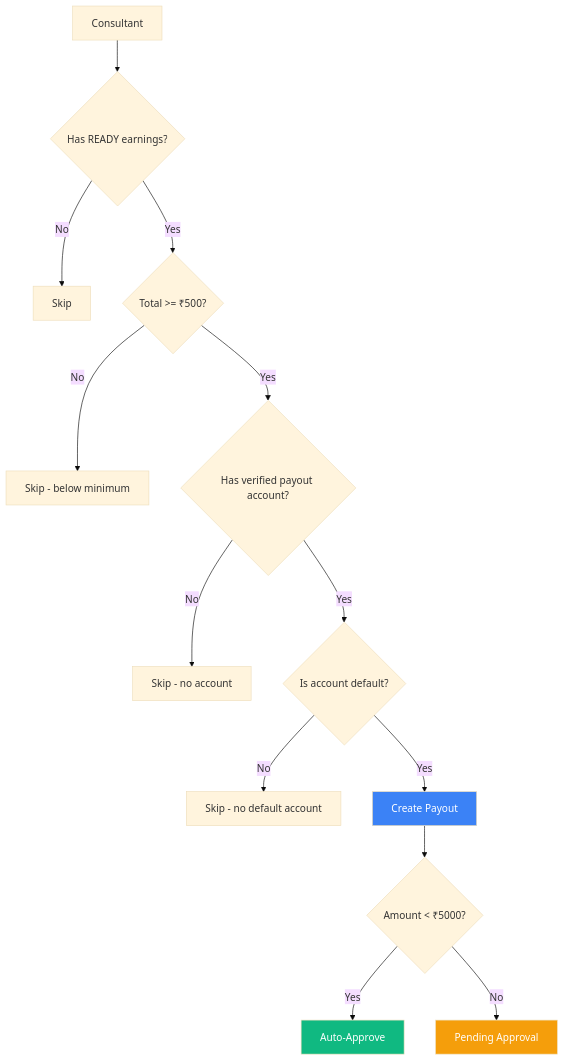
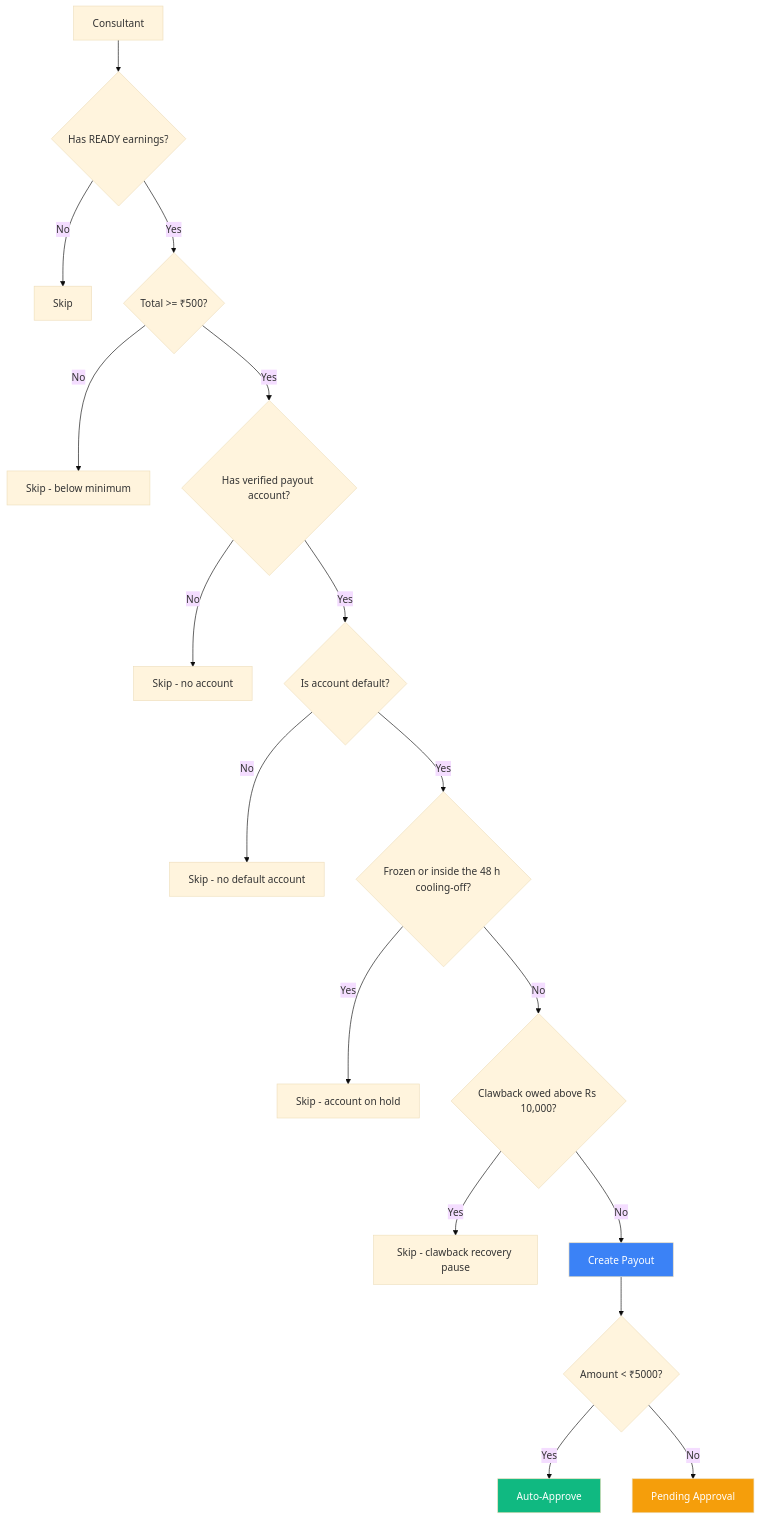
One commit to Practitionist/familiarise_web changed the third of 9 diagrams in docs/payments/payouts/03-payout-processing.md. Above: the diagram before and after it, drawn with Mermaid (base theme). The commit also changed other lines of this file and 34 other files, not shown here.

````diff
--- a/docs/payments/payouts/03-payout-processing.md
+++ b/docs/payments/payouts/03-payout-processing.md
@@ -120,20 +124,24 @@
 ```mermaid
 flowchart TD
     A[Consultant] --> B{Has READY earnings?}
     B -->|No| C[Skip]
     B -->|Yes| D{Total >= ₹500?}
     D -->|No| E[Skip - below minimum]
     D -->|Yes| F{Has verified payout account?}
     F -->|No| G[Skip - no account]
     F -->|Yes| H{Is account default?}
     H -->|No| I[Skip - no default account]
-    H -->|Yes| J[Create Payout]
+    H -->|Yes| H2{Frozen or inside the 48 h cooling-off?}
+    H2 -->|Yes| I2[Skip - account on hold]
+    H2 -->|No| H3{Clawback owed above Rs 10,000?}
+    H3 -->|Yes| I3[Skip - clawback recovery pause]
+    H3 -->|No| J[Create Payout]
 
     J --> K{Amount < ₹5000?}
     K -->|Yes| L[Auto-Approve]
     K -->|No| M[Pending Approval]
 
     style J fill:#3b82f6,color:#fff
     style L fill:#10b981,color:#fff
     style M fill:#f59e0b,color:#fff
 ```
````
